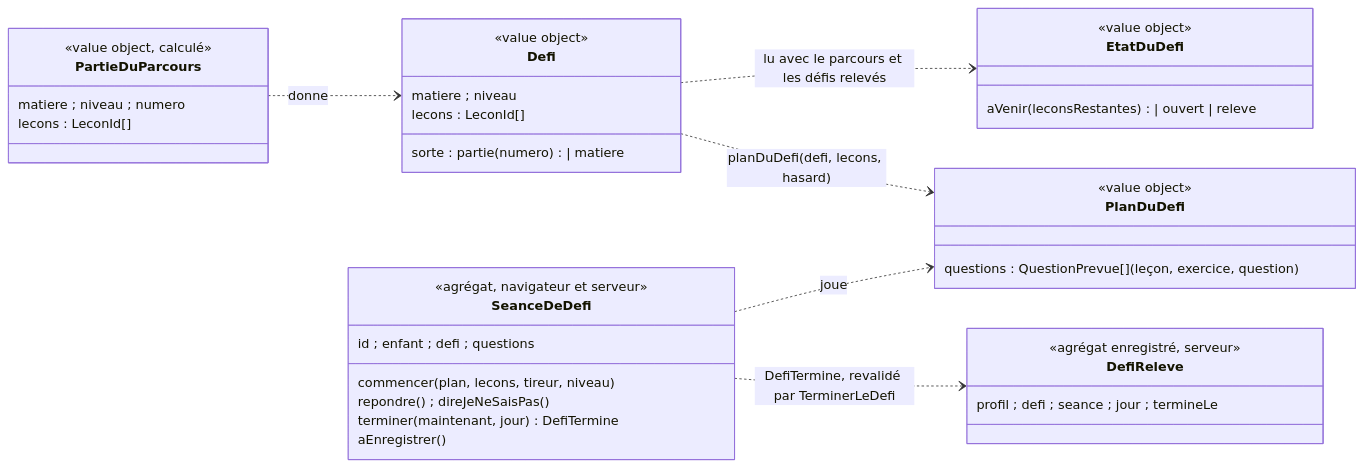
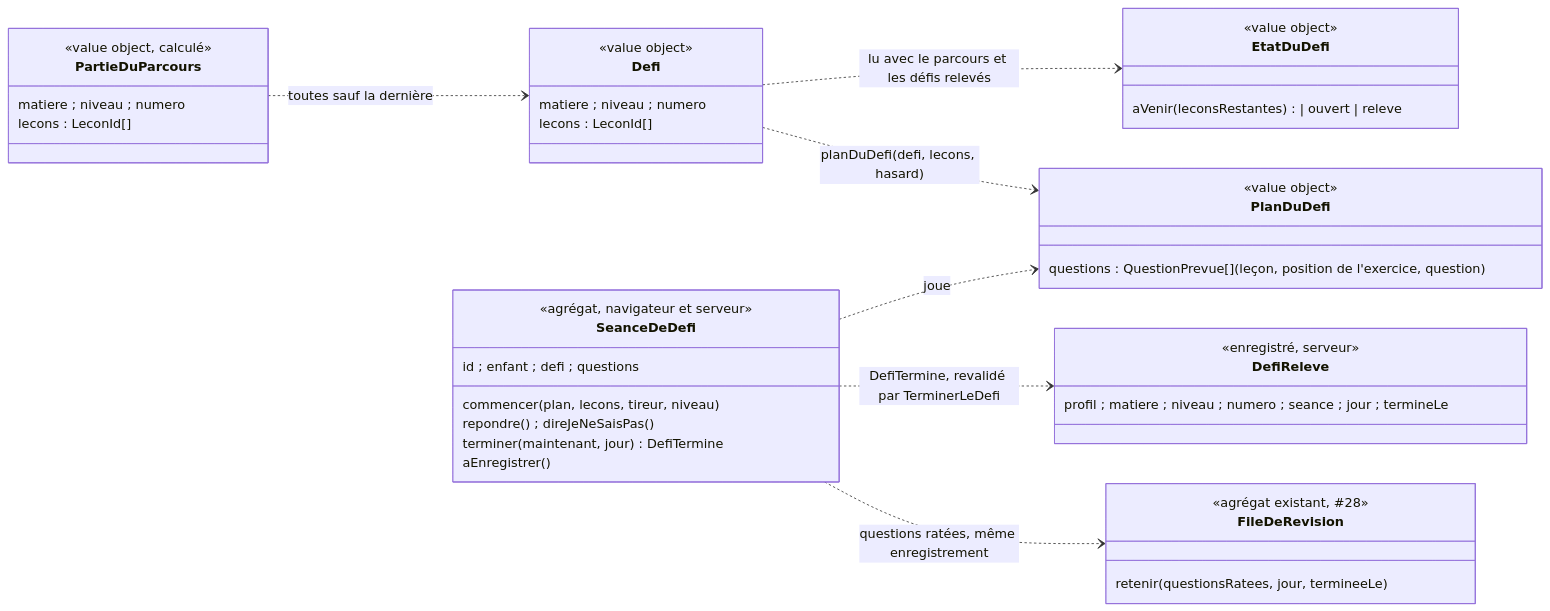
The diagram in docs/stories/100/domain-model.md (SBA-dev/github-move), drawn with Mermaid before and after one commit. The commit also changed other lines of this file and 4 other files, not shown here.

First line of the commit message:
docs(#100): cadrage validé du défi de la partie du parcours

````diff
--- a/docs/stories/100/domain-model.md
+++ b/docs/stories/100/domain-model.md
@@ -63,40 +104,44 @@
 ```mermaid
 classDiagram
   direction LR
   class PartieDuParcours {
     <<value object, calculé>>
     matiere ; niveau ; numero
     lecons : LeconId[]
   }
   class Defi {
     <<value object>>
-    sorte : partie(numero) | matiere
-    matiere ; niveau
+    matiere ; niveau ; numero
     lecons : LeconId[]
   }
   class EtatDuDefi {
     <<value object>>
     aVenir(leconsRestantes) | ouvert | releve
   }
   class PlanDuDefi {
     <<value object>>
-    questions : QuestionPrevue[] (leçon, exercice, question)
+    questions : QuestionPrevue[] (leçon, position de l'exercice, question)
   }
   class SeanceDeDefi {
     <<agrégat, navigateur et serveur>>
     id ; enfant ; defi ; questions
     commencer(plan, lecons, tireur, niveau)
     repondre() ; direJeNeSaisPas()
     terminer(maintenant, jour) DefiTermine
     aEnregistrer()
   }
   class DefiReleve {
-    <<agrégat enregistré, serveur>>
-    profil ; defi ; seance ; jour ; termineLe
+    <<enregistré, serveur>>
+    profil ; matiere ; niveau ; numero ; seance ; jour ; termineLe
   }
-  PartieDuParcours ..> Defi : donne
+  class FileDeRevision {
+    <<agrégat existant, #28>>
+    retenir(questionsRatees, jour, termineeLe)
+  }
+  PartieDuParcours ..> Defi : toutes sauf la dernière
   Defi ..> EtatDuDefi : lu avec le parcours et les défis relevés
   Defi ..> PlanDuDefi : planDuDefi(defi, lecons, hasard)
   SeanceDeDefi ..> PlanDuDefi : joue
   SeanceDeDefi ..> DefiReleve : DefiTermine, revalidé par TerminerLeDefi
+  SeanceDeDefi ..> FileDeRevision : questions ratées, même enregistrement
 ```
````
